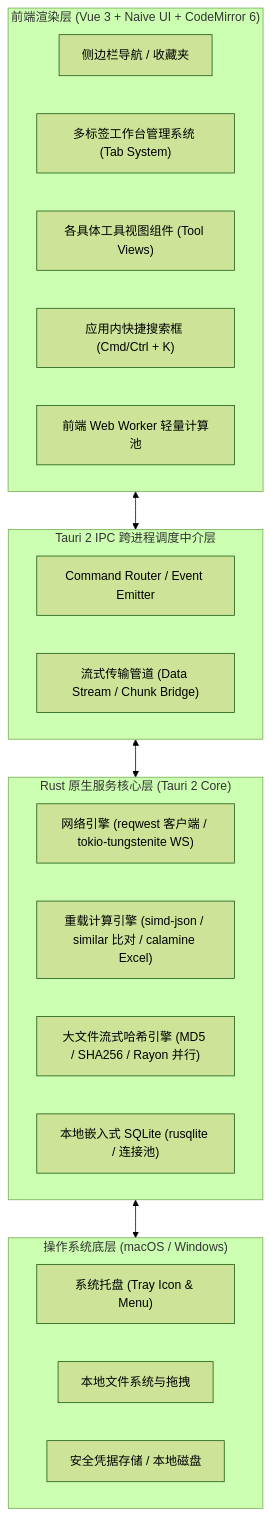
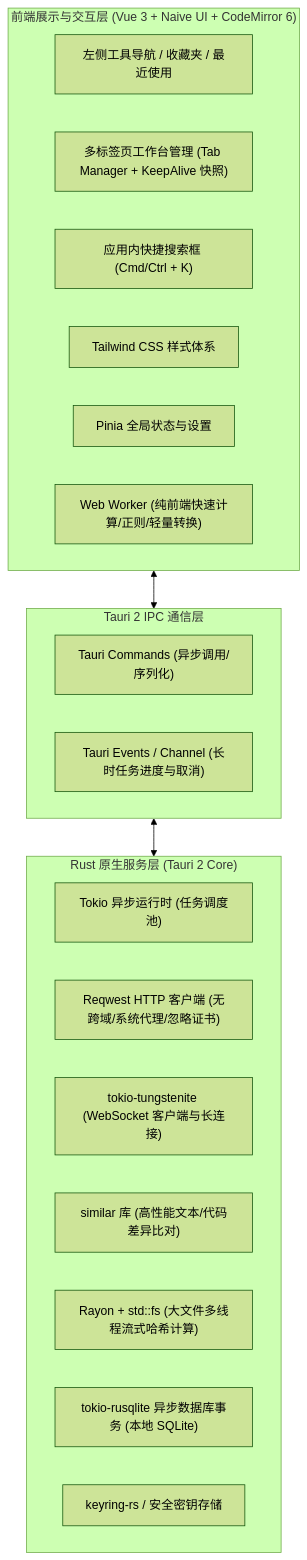
One commit to nice-buddy/devUtils changed the first of 2 diagrams in docs/superpowers/specs/2026-09-22-developer-toolbox-design.md. Above: the diagram before and after it, drawn with Mermaid (forest theme). The commit also changed other lines of this file, not shown here.

````diff
--- a/docs/superpowers/specs/2026-09-22-developer-toolbox-design.md
+++ b/docs/superpowers/specs/2026-09-22-developer-toolbox-design.md
@@ -38,32 +40,29 @@
 ```mermaid
 flowchart TD
-    subgraph UI_Layer["前端渲染层 (Vue 3 + Naive UI + CodeMirror 6)"]
-        Nav["侧边栏导航 / 收藏夹"]
-        Tabs["多标签工作台管理系统 (Tab System)"]
-        ToolViews["各具体工具视图组件 (Tool Views)"]
+    subgraph Frontend["前端展示与交互层 (Vue 3 + Naive UI + CodeMirror 6)"]
+        Sidebar["左侧工具导航 / 收藏夹 / 最近使用"]
+        TabManager["多标签页工作台管理 (Tab Manager + KeepAlive 快照)"]
         CmdK["应用内快捷搜索框 (Cmd/Ctrl + K)"]
-        WorkerPool["前端 Web Worker 轻量计算池"]
+        Tailwind["Tailwind CSS 样式体系"]
+        PiniaStore["Pinia 全局状态与设置"]
+        WebWorker["Web Worker (纯前端快速计算/正则/轻量转换)"]
     end
 
-    subgraph IPC_Layer["Tauri 2 IPC 跨进程调度中介层"]
-        Router["Command Router / Event Emitter"]
-        StreamBridge["流式传输管道 (Data Stream / Chunk Bridge)"]
+    subgraph TauriIPC["Tauri 2 IPC 通信层"]
+        InvokeCmd["Tauri Commands (异步调用/序列化)"]
+        EventStream["Tauri Events / Channel (长时任务进度与取消)"]
     end
 
-    subgraph Core_Layer["Rust 原生服务核心层 (Tauri 2 Core)"]
-        NetEngine["网络引擎 (reqwest 客户端 / tokio-tungstenite WS)"]
-        ComputeEngine["重载计算引擎 (simd-json / similar 比对 / calamine Excel)"]
-        FileHashEngine["大文件流式哈希引擎 (MD5 / SHA256 / Rayon 并行)"]
-        DBEngine["本地嵌入式 SQLite (rusqlite / 连接池)"]
+    subgraph RustBackend["Rust 原生服务层 (Tauri 2 Core)"]
+        TokioTasks["Tokio 异步运行时 (任务调度池)"]
+        ReqwestClient["Reqwest HTTP 客户端 (无跨域/系统代理/忽略证书)"]
+        WSEngine["tokio-tungstenite (WebSocket 客户端与长连接)"]
+        DiffEngine["similar 库 (高性能文本/代码差异比对)"]
+        HashStream["Rayon + std::fs (大文件多线程流式哈希计算)"]
+        DB["tokio-rusqlite 异步数据库事务 (本地 SQLite)"]
+        Keyring["keyring-rs / 安全密钥存储"]
     end
 
-    subgraph OS_Layer["操作系统底层 (macOS / Windows)"]
-        Tray["系统托盘 (Tray Icon & Menu)"]
-        FileSystem["本地文件系统与拖拽"]
-        OSKeyring["安全凭据存储 / 本地磁盘"]
-    end
-
-    UI_Layer <--> IPC_Layer
-    IPC_Layer <--> Core_Layer
-    Core_Layer <--> OS_Layer
+    Frontend <--> TauriIPC
+    TauriIPC <--> RustBackend
 ```
````
